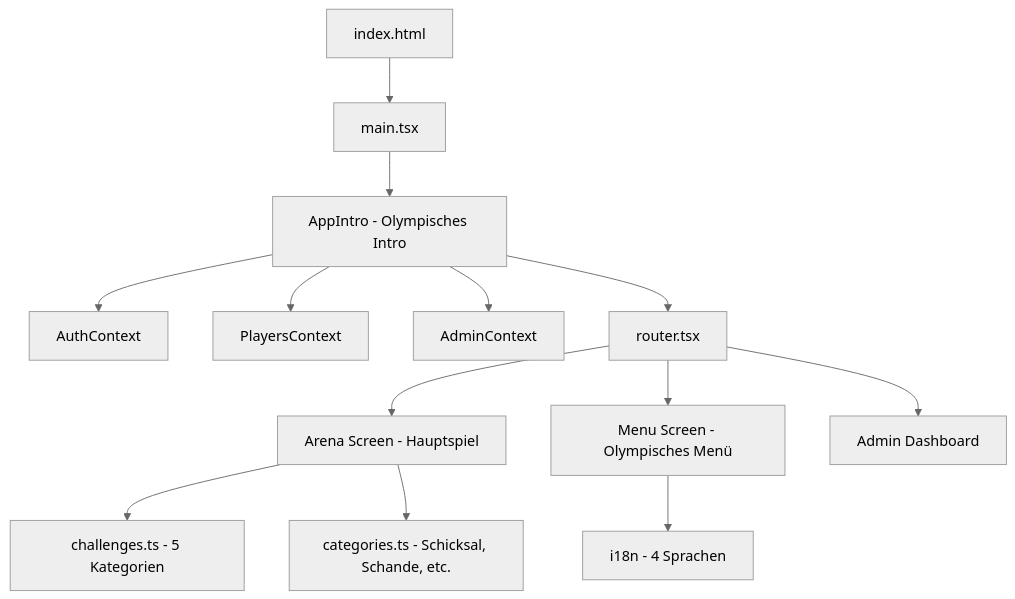
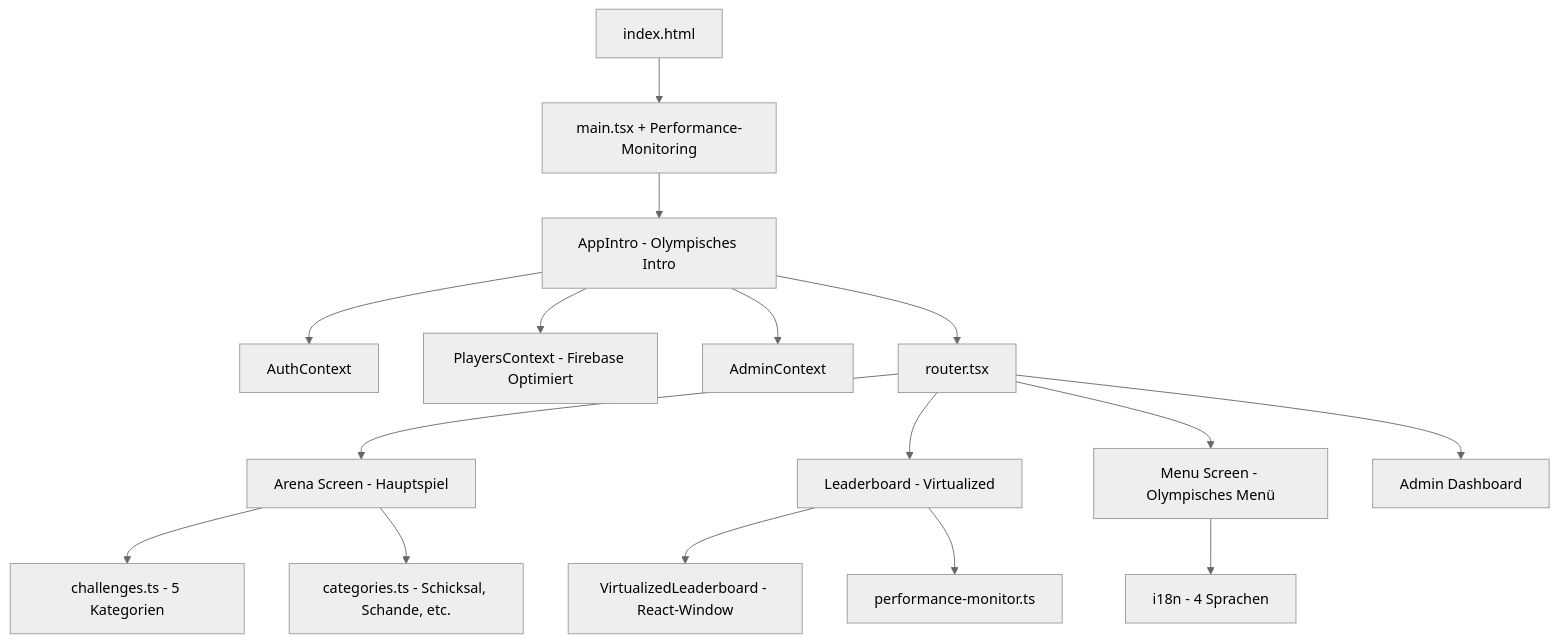
The diagram in docs/PROJECT_STRUCTURE.md (Schmidtstar/mallex-remote-api), drawn with Mermaid (neutral theme) before and after one commit. The commit also changed other lines of this file and 3 other files, not shown here.

````diff
--- a/docs/PROJECT_STRUCTURE.md
+++ b/docs/PROJECT_STRUCTURE.md
@@ -135,15 +143,18 @@
 ```mermaid
 graph TD
-    A[index.html] --> B[main.tsx]
+    A[index.html] --> B[main.tsx + Performance-Monitoring]
     B --> C[AppIntro - Olympisches Intro]
     C --> D[AuthContext]
-    C --> E[PlayersContext]  
+    C --> E[PlayersContext - Firebase Optimiert]  
     C --> F[AdminContext]
     C --> G[router.tsx]
     G --> H[Arena Screen - Hauptspiel]
-    G --> I[Menu Screen - Olympisches Menü]
-    G --> J[Admin Dashboard]
-    H --> K[challenges.ts - 5 Kategorien]
-    H --> L[categories.ts - Schicksal, Schande, etc.]
-    I --> M[i18n - 4 Sprachen]
+    G --> I[Leaderboard - Virtualized]
+    G --> J[Menu Screen - Olympisches Menü]
+    G --> K[Admin Dashboard]
+    H --> L[challenges.ts - 5 Kategorien]
+    H --> M[categories.ts - Schicksal, Schande, etc.]
+    I --> N[VirtualizedLeaderboard - React-Window]
+    I --> O[performance-monitor.ts]
+    J --> P[i18n - 4 Sprachen]
 ```
````
